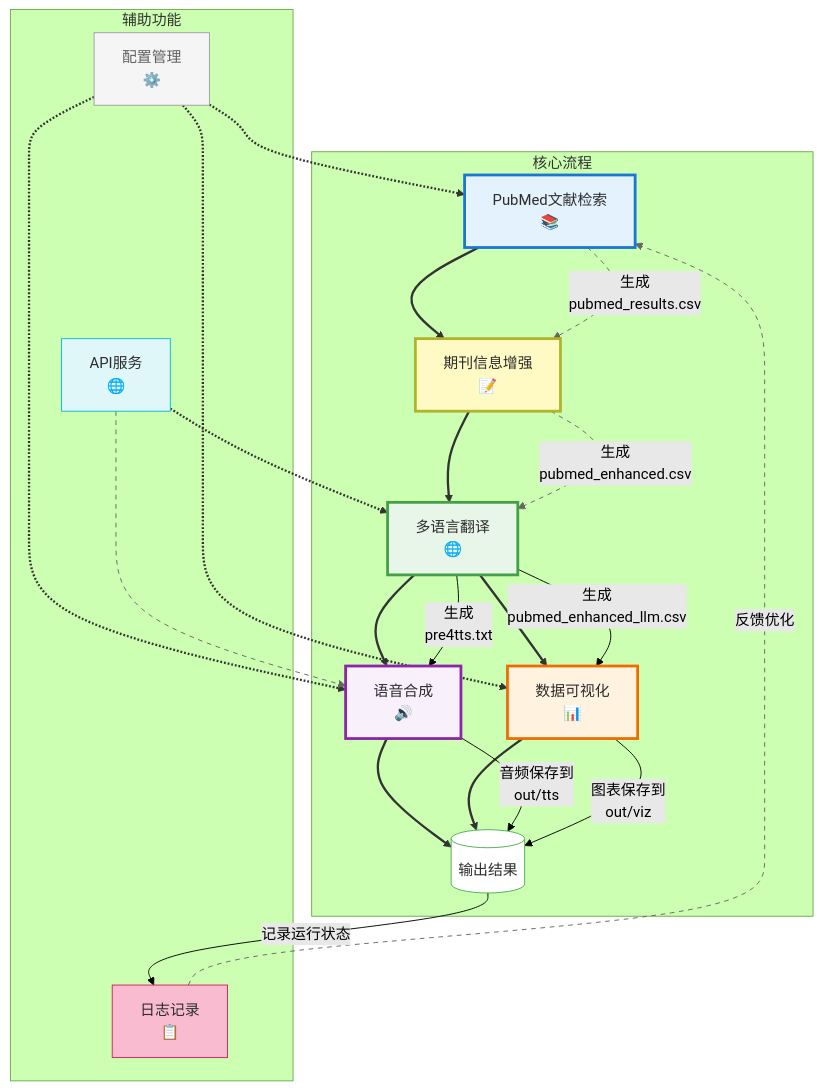
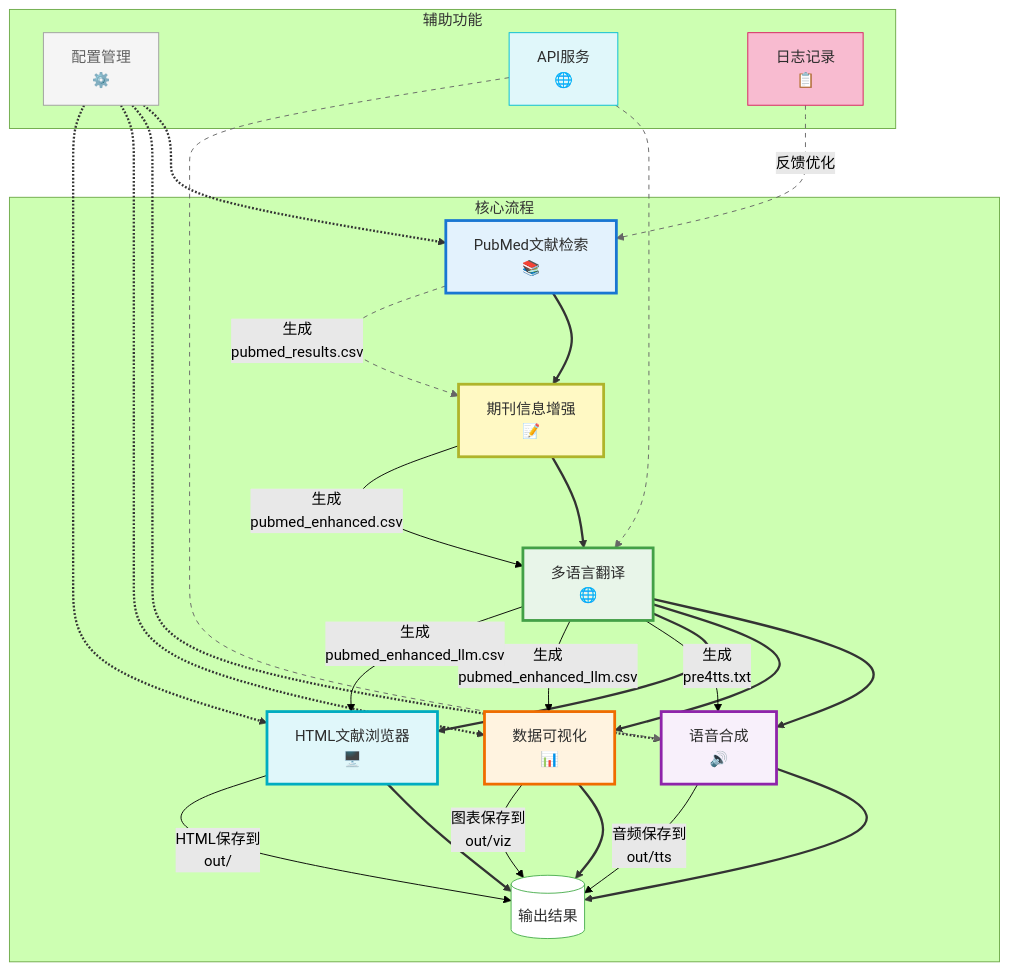
The diagram in README.md (xtbggqy/pub2tts), drawn with Mermaid (forest theme) before and after one commit. The commit also changed other lines of this file and 35 other files, not shown here.

````diff
--- a/README.md
+++ b/README.md
@@ -15,54 +16,58 @@
 ```mermaid
 graph TD
     %% ========== 核心流程 ==========
     subgraph 核心流程
         A[PubMed文献检索<br>📚] --> B[期刊信息增强<br>📝]
         B --> C[多语言翻译<br>🌐]
         C --> D[语音合成<br>🔊]
         C --> E[数据可视化<br>📊]
-        D --> F[(输出结果)]
-        E --> F
+        C --> F[HTML文献浏览器<br>🖥️]
+        D --> G[(输出结果)]
+        E --> G
+        F --> G
     end
 
     %% ========== 辅助模块 ==========
     subgraph 辅助功能
-        H[配置管理<br>⚙️] -.-> A & D & E
+        H[配置管理<br>⚙️] -.-> A & D & E & F
         I[API服务<br>🌐] -.-> C & D
-        G[日志记录<br>📋] -->|反馈优化| A
+        J[日志记录<br>📋] -->|反馈优化| A
     end
 
     %% ========== 数据流标注 ==========
     A -->|生成<br>pubmed_results.csv| B
     B -->|生成<br>pubmed_enhanced.csv| C
     C -->|生成<br>pre4tts.txt| D
-    C -->|生成<br>pubmed_enhanced_llm.csv| E
-    D -->|音频保存到<br>out/tts| F
-    E -->|图表保存到<br>out/viz| F
-    F -->|记录运行状态| G
-
+    C -->|生成<br>pubmed_enhanced_llm.csv| E & F
+    D -->|音频保存到<br>out/tts| G
+    E -->|图表保存到<br>out/viz| G
+    F -->|HTML保存到<br>out/| G
+    
     %% ========== 修正后的配色方案 ==========
     classDef core1 fill:#e3f2fd,stroke:#1976d2,stroke-width:3px,color:#2d2d2d;
     classDef core2 fill:#fff9c4,stroke:#afb42b,stroke-width:3px,color:#2d2d2d;
     classDef core3 fill:#e8f5e9,stroke:#43a047,stroke-width:3px,color:#2d2d2d;
     classDef core4 fill:#f8f0fb,stroke:#8e24aa,stroke-width:3px,color:#2d2d2d;
     classDef core5 fill:#fff3e0,stroke:#ef6c00,stroke-width:3px,color:#2d2d2d;
+    classDef core6 fill:#e0f7fa,stroke:#00acc1,stroke-width:3px,color:#2d2d2d;
     classDef support fill:#f5f5f5,stroke:#9e9e9e,color:#616161;
     classDef api fill:#e0f7fa,stroke:#00bcd4,color:#2d2d2d;
     classDef log fill:#f8bbd0,stroke:#d81b60,color:#2d2d2d;
     classDef output fill:#ffffff,stroke:#4caf50,color:#2d2d2d;
 
     %% 节点分类
     class A core1
     class B core2
     class C core3
     class D core4
     class E core5
+    class F core6
     class H support
     class I api
-    class G log
-    class F output
+    class J log
+    class G output
 
     %% ========== 连线优化 ==========
-    linkStyle 0,1,2,3,4,5,6,7,8,9 stroke:#333333,stroke-width:2.5px
-    linkStyle 10,11,12,13 stroke-dasharray:5 5,stroke:#666666
+    linkStyle 0,1,2,3,4,5,6,7,8,9,10,11 stroke:#333333,stroke-width:2.5px
+    linkStyle 12,13,14,15 stroke-dasharray:5 5,stroke:#666666
 ```
````
